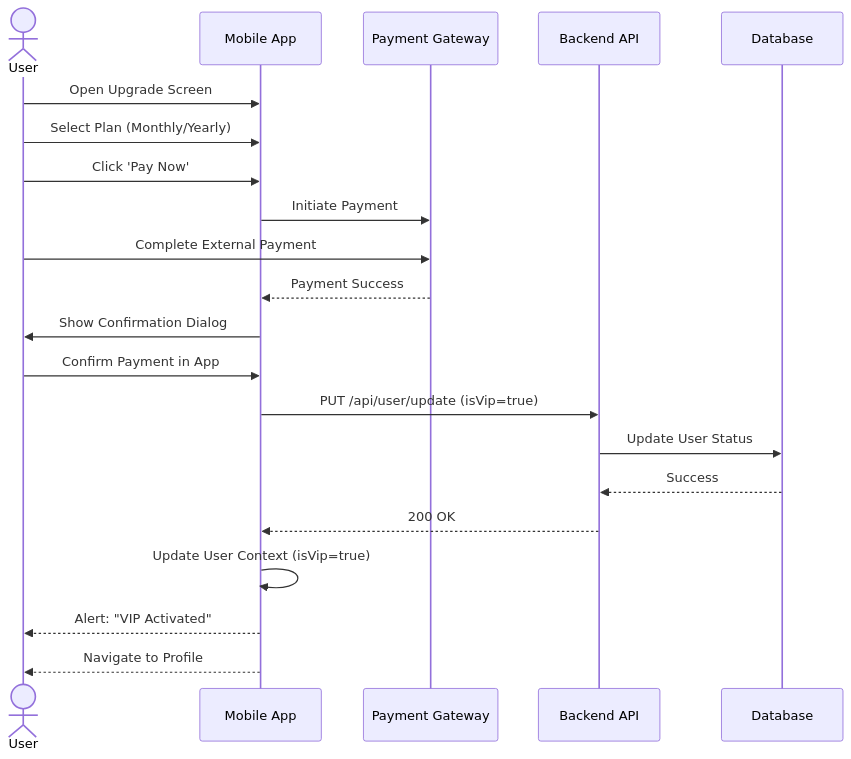
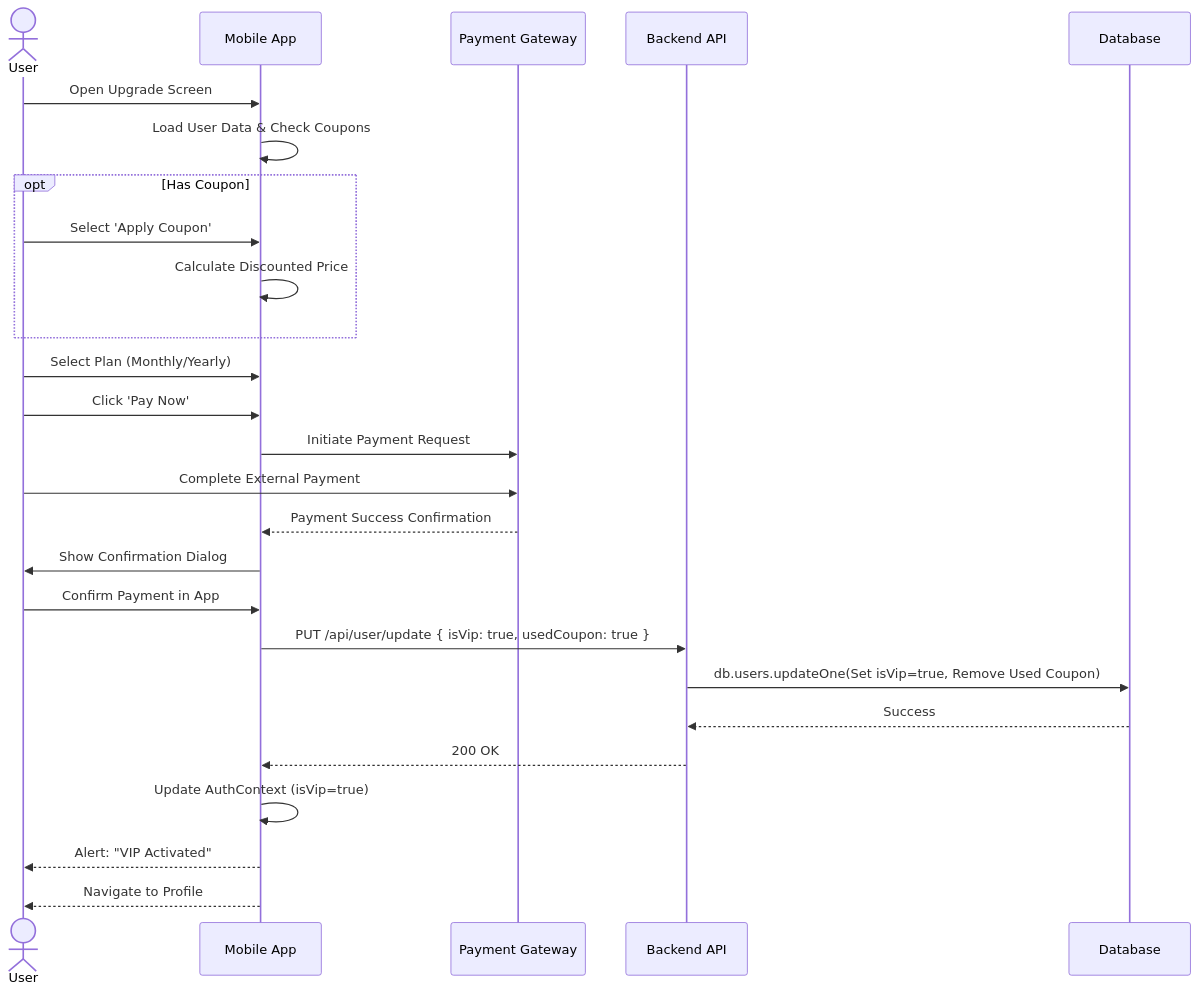
One commit to michaexxx2324/FYP changed the eighth of 12 diagrams in SequenceDiagrams.md. Above: the diagram before and after it, drawn with Mermaid. The commit also changed other lines of this file and 4 other files, not shown here.

````diff
--- a/SequenceDiagrams.md
+++ b/SequenceDiagrams.md
@@ -335,28 +371,35 @@
 ```mermaid
 sequenceDiagram
     actor User
     participant App as Mobile App
     participant Payment as Payment Gateway
     participant Server as Backend API
     participant DB as Database
 
     User->>App: Open Upgrade Screen
+    App->>App: Load User Data & Check Coupons
+    
+    opt Has Coupon
+        User->>App: Select 'Apply Coupon'
+        App->>App: Calculate Discounted Price
+    end
+
     User->>App: Select Plan (Monthly/Yearly)
     User->>App: Click 'Pay Now'
     
-    App->>Payment: Initiate Payment
+    App->>Payment: Initiate Payment Request
     User->>Payment: Complete External Payment
-    Payment-->>App: Payment Success
+    Payment-->>App: Payment Success Confirmation
     
     App->>User: Show Confirmation Dialog
     User->>App: Confirm Payment in App
     
-    App->>Server: PUT /api/user/update (isVip=true)
-    Server->>DB: Update User Status
+    App->>Server: PUT /api/user/update { isVip: true, usedCoupon: true }
+    Server->>DB: db.users.updateOne(Set isVip=true, Remove Used Coupon)
     DB-->>Server: Success
     Server-->>App: 200 OK
     
-    App->>App: Update User Context (isVip=true)
+    App->>App: Update AuthContext (isVip=true)
     App-->>User: Alert: "VIP Activated"
     App-->>User: Navigate to Profile
 ```
````
